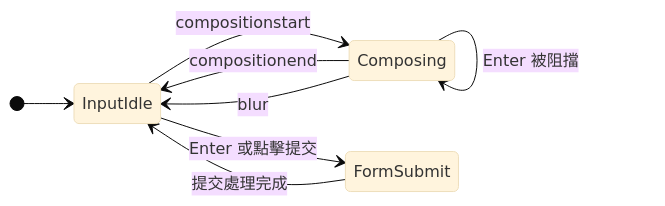
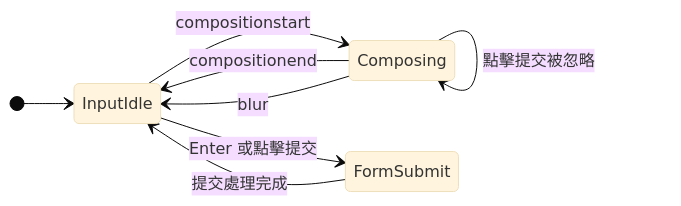
One commit to Ansenchen123/factory-manager-portable changed the sixth of 15 diagrams in docs/state-machine.md. Above: the diagram before and after it, drawn with Mermaid (base theme). The commit also changed other lines of this file, not shown here.

````diff
--- a/docs/state-machine.md
+++ b/docs/state-machine.md
@@ -232,12 +265,13 @@
 ```mermaid
 stateDiagram-v2
     direction LR
 
     [*] --> InputIdle
     InputIdle --> Composing: compositionstart
     Composing --> InputIdle: compositionend
     Composing --> InputIdle: blur
     Composing --> Composing: Enter 被阻擋
+    Composing --> Composing: 點擊提交被忽略
     InputIdle --> FormSubmit: Enter 或點擊提交
     FormSubmit --> InputIdle: 提交處理完成
 ```
````
